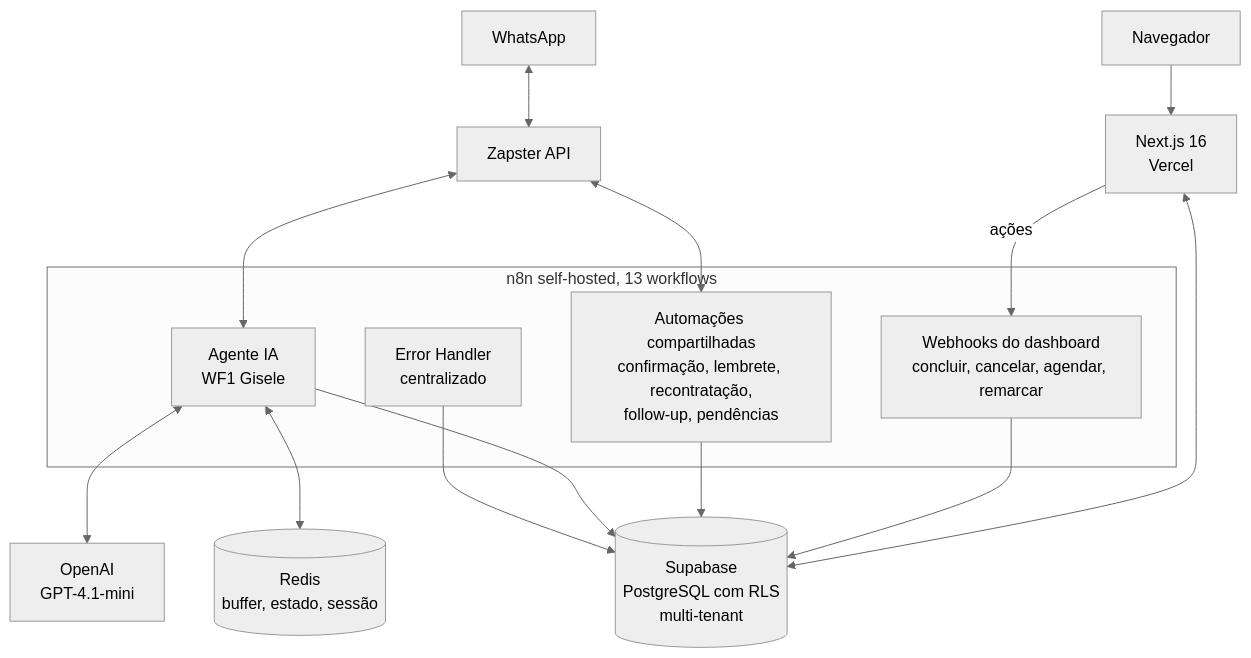
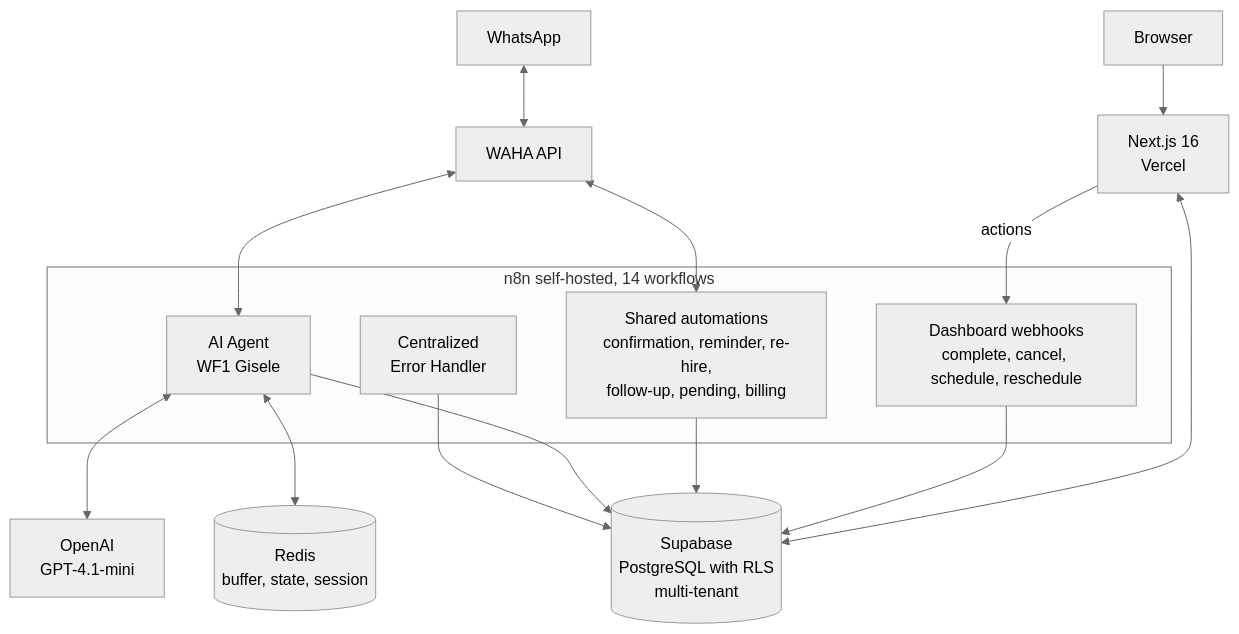
The diagram in README.md (Guilherme-Bosco/mns-control-showcase), drawn with Mermaid (neutral theme) before and after one commit. The commit also changed other lines of this file, not shown here.

````diff
--- a/README.md
+++ b/README.md
@@ -80,32 +82,32 @@
 ```mermaid
 flowchart TB
     WA["WhatsApp"]
-    Zap["Zapster API"]
+    WAHA["WAHA API"]
     GPT["OpenAI<br/>GPT-4.1-mini"]
-    Redis[("Redis<br/>buffer, estado, sessão")]
+    Redis[("Redis<br/>buffer, state, session")]
 
-    subgraph n8n_layer["n8n self-hosted, 13 workflows"]
-        Agent["Agente IA<br/>WF1 Gisele"]
-        Auto["Automações compartilhadas<br/>confirmação, lembrete, recontratação,<br/>follow-up, pendências"]
-        Webhooks["Webhooks do dashboard<br/>concluir, cancelar, agendar, remarcar"]
-        ErrHandler["Error Handler<br/>centralizado"]
+    subgraph n8n_layer["n8n self-hosted, 14 workflows"]
+        Agent["AI Agent<br/>WF1 Gisele"]
+        Auto["Shared automations<br/>confirmation, reminder, re-hire,<br/>follow-up, pending, billing"]
+        Webhooks["Dashboard webhooks<br/>complete, cancel, schedule, reschedule"]
+        ErrHandler["Centralized<br/>Error Handler"]
     end
 
-    Browser["Navegador"]
+    Browser["Browser"]
     NextJS["Next.js 16<br/>Vercel"]
-    Supabase[("Supabase<br/>PostgreSQL com RLS<br/>multi-tenant")]
+    Supabase[("Supabase<br/>PostgreSQL with RLS<br/>multi-tenant")]
 
-    WA <--> Zap
-    Zap <--> Agent
-    Zap <--> Auto
+    WA <--> WAHA
+    WAHA <--> Agent
+    WAHA <--> Auto
     Agent <--> GPT
     Agent <--> Redis
 
     Browser --> NextJS
     NextJS <--> Supabase
-    NextJS -->|ações| Webhooks
+    NextJS -->|actions| Webhooks
     Webhooks --> Supabase
     Auto --> Supabase
     Agent --> Supabase
     ErrHandler --> Supabase
 ```
````
